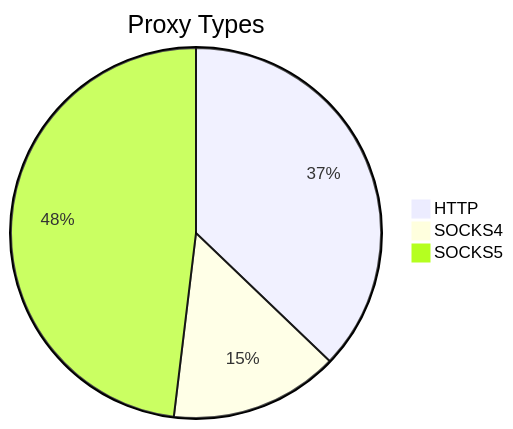
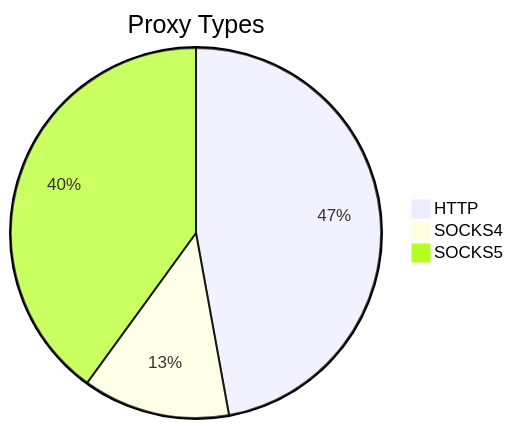
Before and after one commit to stormsia/proxy-list: the first of 2 diagrams in README.md, drawn with Mermaid. The commit also changed other lines of this file, not shown here.

````diff
--- a/README.md
+++ b/README.md
@@ -21,6 +21,6 @@
 ```mermaid
 pie title Proxy Types
-    "HTTP" : 68
-    "SOCKS4" : 27
-    "SOCKS5" : 88
+    "HTTP" : 66
+    "SOCKS4" : 18
+    "SOCKS5" : 56
 ```
````
